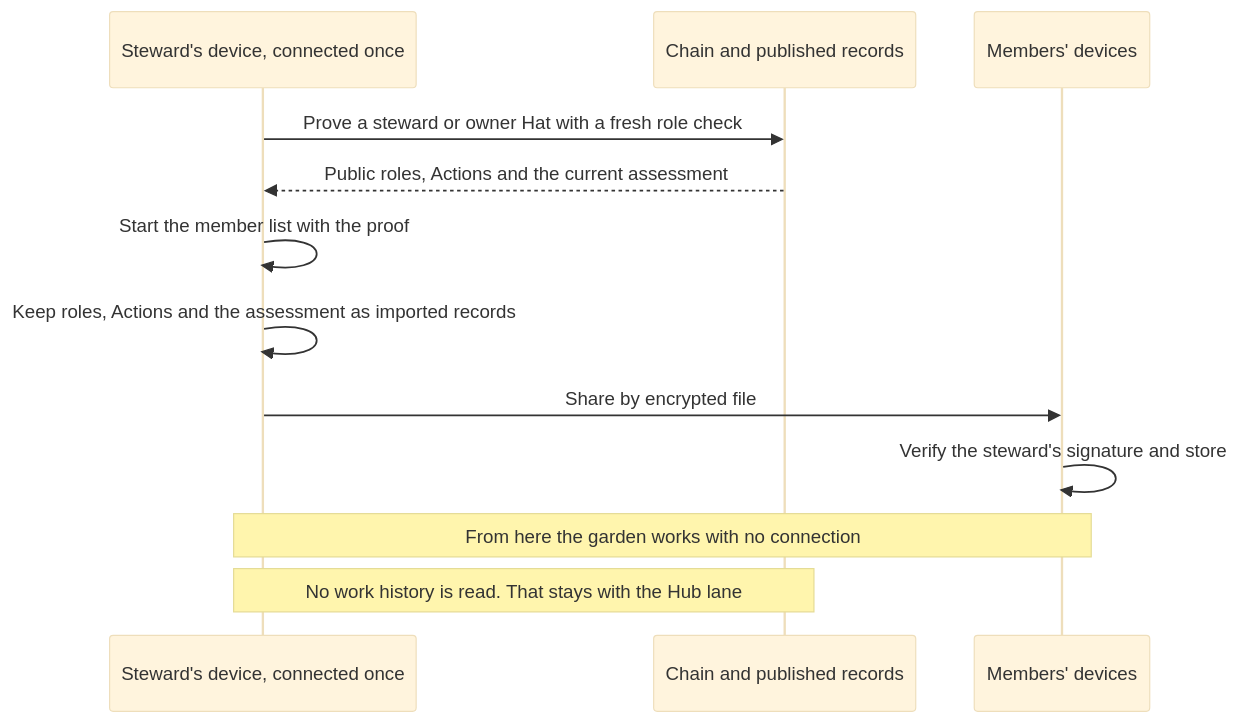
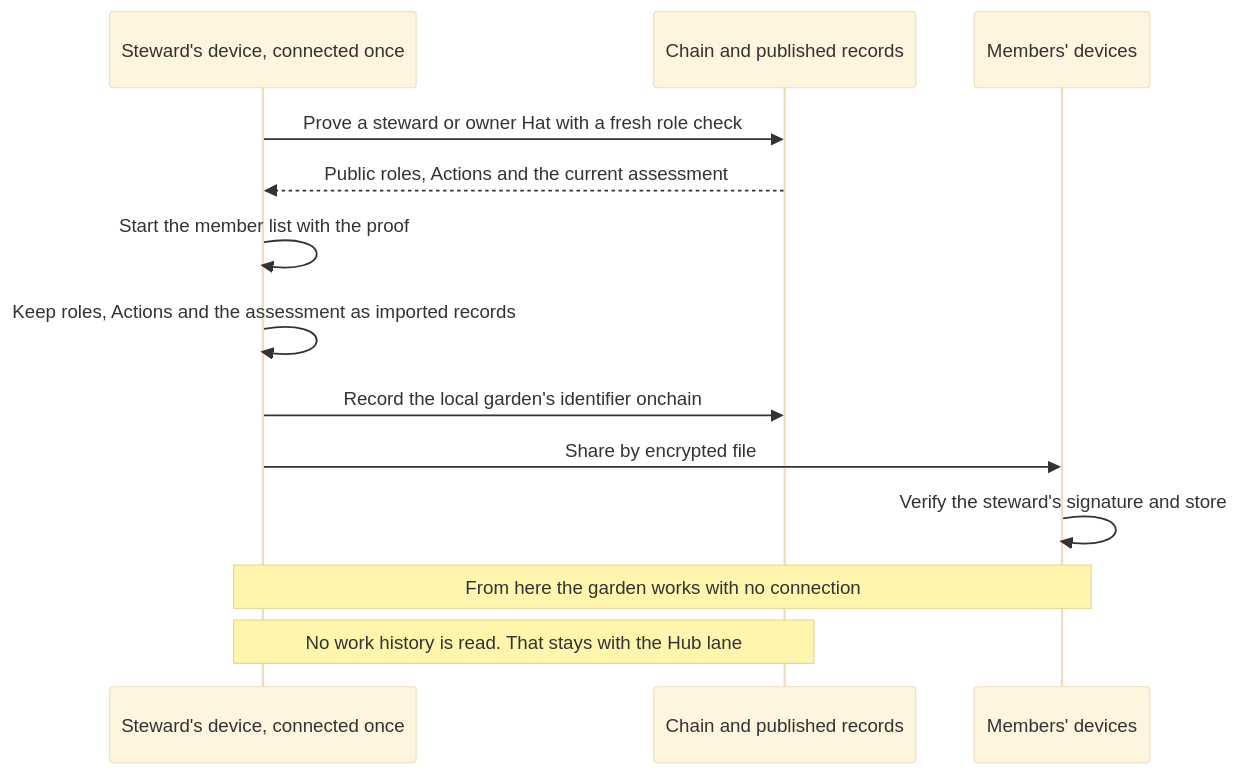
Before and after one commit to greenpill-dev-guild/green-goods: the ninth of 18 diagrams in .plans/ideas/grove/architecture-flows.md, drawn with Mermaid (base theme). The commit also changed 7 other files, not shown here.

````diff
--- a/.plans/ideas/grove/architecture-flows.md
+++ b/.plans/ideas/grove/architecture-flows.md
@@ -208,14 +208,15 @@
 ```mermaid
 sequenceDiagram
   participant S as Steward's device, connected once
   participant C as Chain and published records
   participant M as Members' devices
   S->>C: Prove a steward or owner Hat with a fresh role check
   C-->>S: Public roles, Actions and the current assessment
   S->>S: Start the member list with the proof
   S->>S: Keep roles, Actions and the assessment as imported records
+  S->>C: Record the local garden's identifier onchain
   S->>M: Share by encrypted file
   M->>M: Verify the steward's signature and store
   Note over S,M: From here the garden works with no connection
   Note over S,C: No work history is read. That stays with the Hub lane
 ```
````
